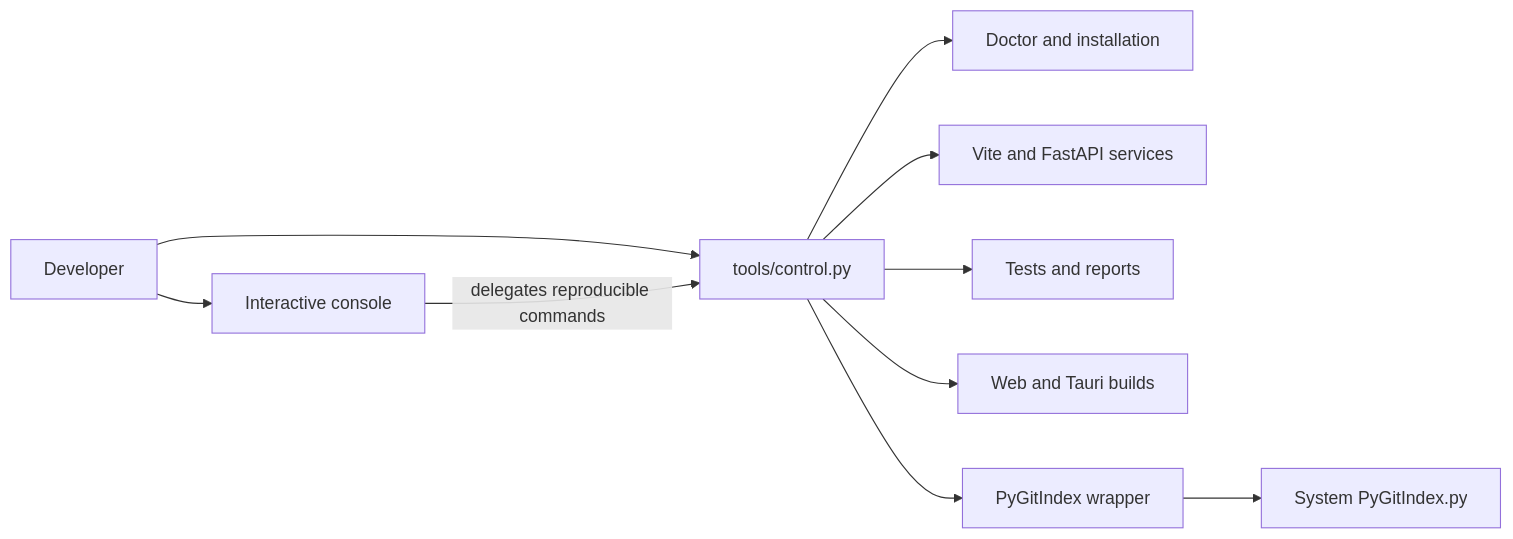
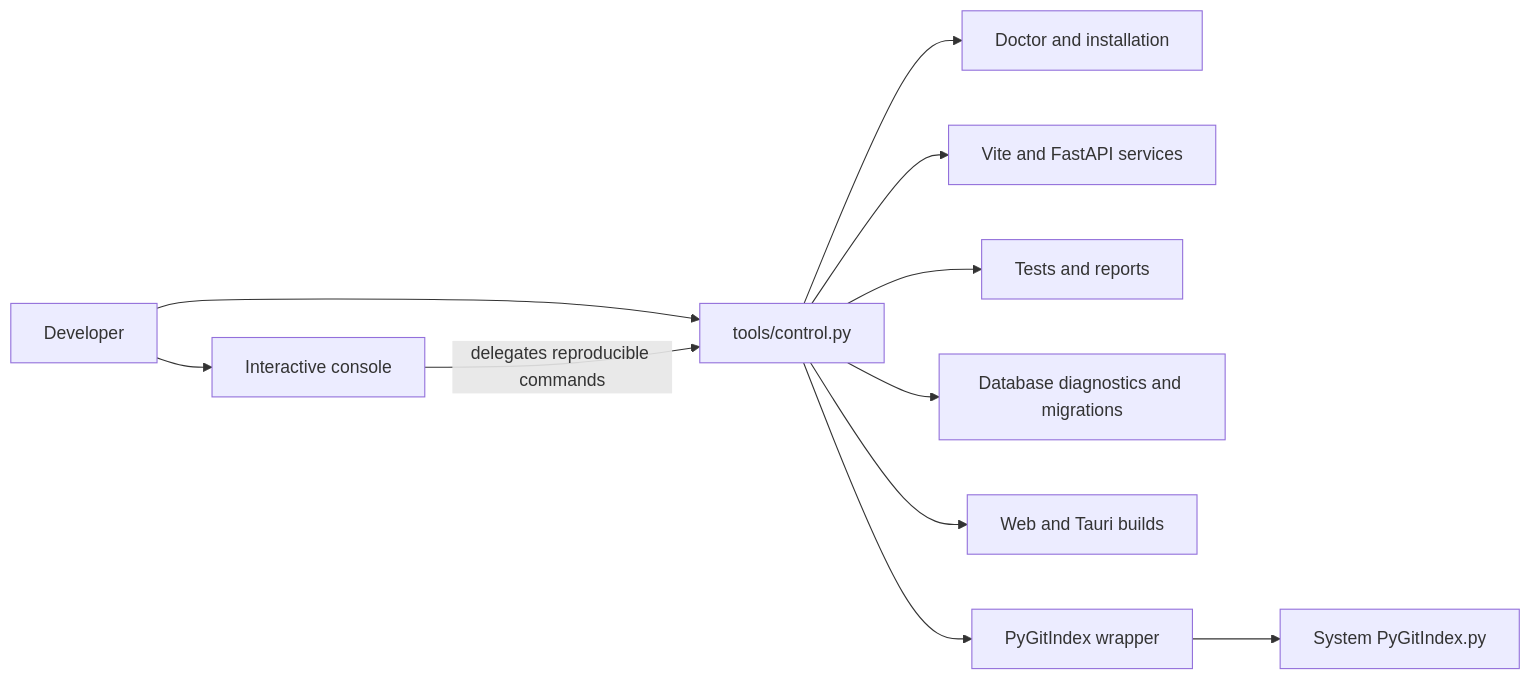
Before and after one commit to kleiveist/Template-Projekte: the fifth of 6 diagrams in docs/def/architecture.md, drawn with Mermaid. The commit also changed other lines of this file and 38 other files, not shown here.

````diff
--- a/docs/def/architecture.md
+++ b/docs/def/architecture.md
@@ -134,22 +166,24 @@
 ```mermaid
 flowchart LR
     Developer[Developer]
     Console[Interactive console]
     CLI[tools/control.py]
     Environment[Doctor and installation]
     Services[Vite and FastAPI services]
     Quality[Tests and reports]
+    Database[Database diagnostics and migrations]
     Releases[Web and Tauri builds]
     Docs[PyGitIndex wrapper]
     SystemIndex[System PyGitIndex.py]
 
     Developer --> CLI
     Developer --> Console
     Console -->|delegates reproducible commands| CLI
     CLI --> Environment
     CLI --> Services
     CLI --> Quality
+    CLI --> Database
     CLI --> Releases
     CLI --> Docs
     Docs --> SystemIndex
 ```
````
